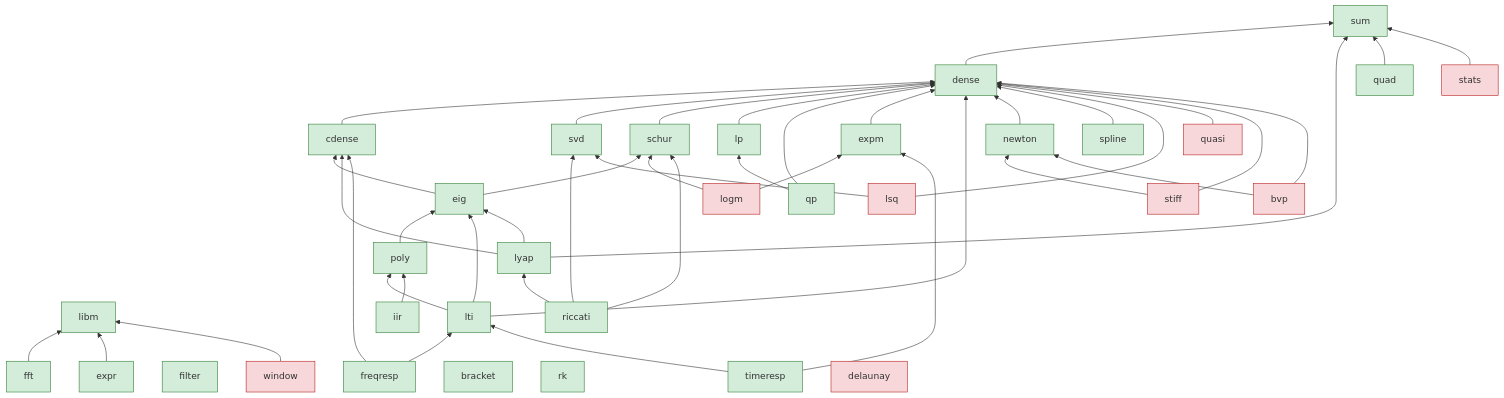
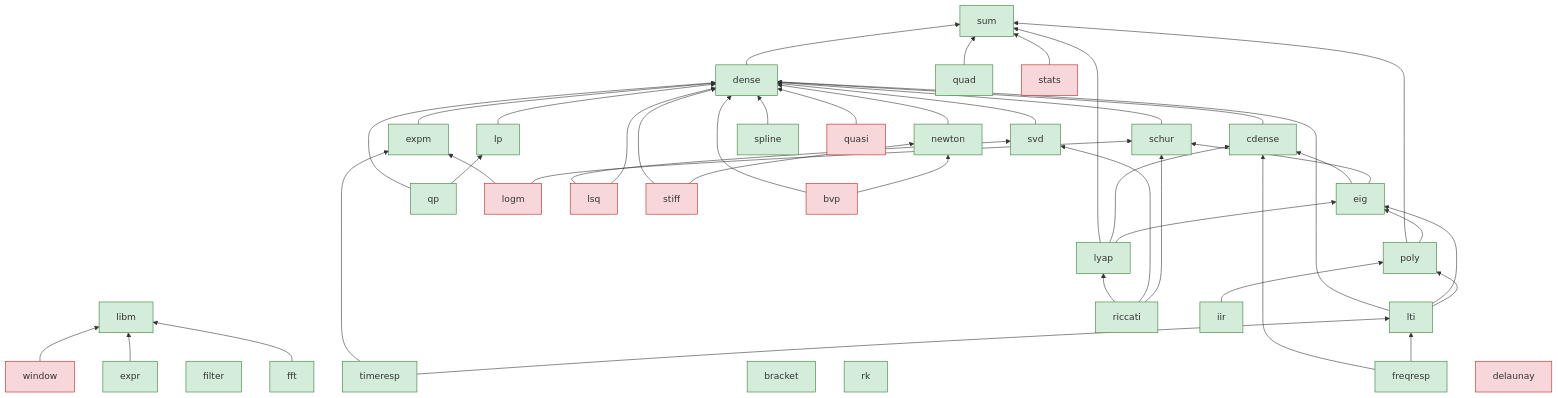
One commit to yuanqingfei/aeoi changed the diagram in roadmap/deps.mmd. Above: the diagram before and after it, drawn with Mermaid. The commit also changed 85 other files, not shown here.

```diff
--- a/roadmap/deps.mmd
+++ b/roadmap/deps.mmd
@@ -1,78 +1,79 @@
 graph BT
   libm["libm"]:::done
   sum["sum"]:::done
   dense["dense"]:::done
   dense --> sum
   cdense["cdense"]:::done
   cdense --> dense
   svd["svd"]:::done
   svd --> dense
   schur["schur"]:::done
   schur --> dense
   eig["eig"]:::done
   eig --> schur
   eig --> cdense
   fft["fft"]:::done
   fft --> libm
   expr["expr"]:::done
   expr --> libm
   poly["poly"]:::done
   poly --> eig
+  poly --> sum
   filter["filter"]:::done
   lp["lp"]:::done
   lp --> dense
   qp["qp"]:::done
   qp --> lp
   qp --> dense
   expm["expm"]:::done
   expm --> dense
   logm["logm"]:::new
   logm --> schur
   logm --> expm
   lti["lti"]:::done
   lti --> poly
   lti --> eig
   lti --> dense
   lyap["lyap"]:::done
   lyap --> eig
   lyap --> cdense
   lyap --> sum
   riccati["riccati"]:::done
   riccati --> schur
   riccati --> svd
   riccati --> lyap
   freqresp["freqresp"]:::done
   freqresp --> lti
   freqresp --> cdense
   timeresp["timeresp"]:::done
   timeresp --> lti
   timeresp --> expm
   bracket["bracket"]:::done
   newton["newton"]:::done
   newton --> dense
   quad["quad"]:::done
   quad --> sum
   rk["rk"]:::done
   spline["spline"]:::done
   spline --> dense
   iir["iir"]:::done
   iir --> poly
   lsq["lsq"]:::new
   lsq --> dense
   lsq --> svd
   quasi["quasi"]:::new
   quasi --> dense
   stiff["stiff"]:::new
   stiff --> newton
   stiff --> dense
   bvp["bvp"]:::new
   bvp --> newton
   bvp --> dense
   window["window"]:::new
   window --> libm
   stats["stats"]:::new
   stats --> sum
   delaunay["delaunay"]:::new
   classDef done fill:#d4edda,stroke:#2e7d32
   classDef extract fill:#fff3cd,stroke:#b8860b
   classDef new fill:#f8d7da,stroke:#b71c1c
```
